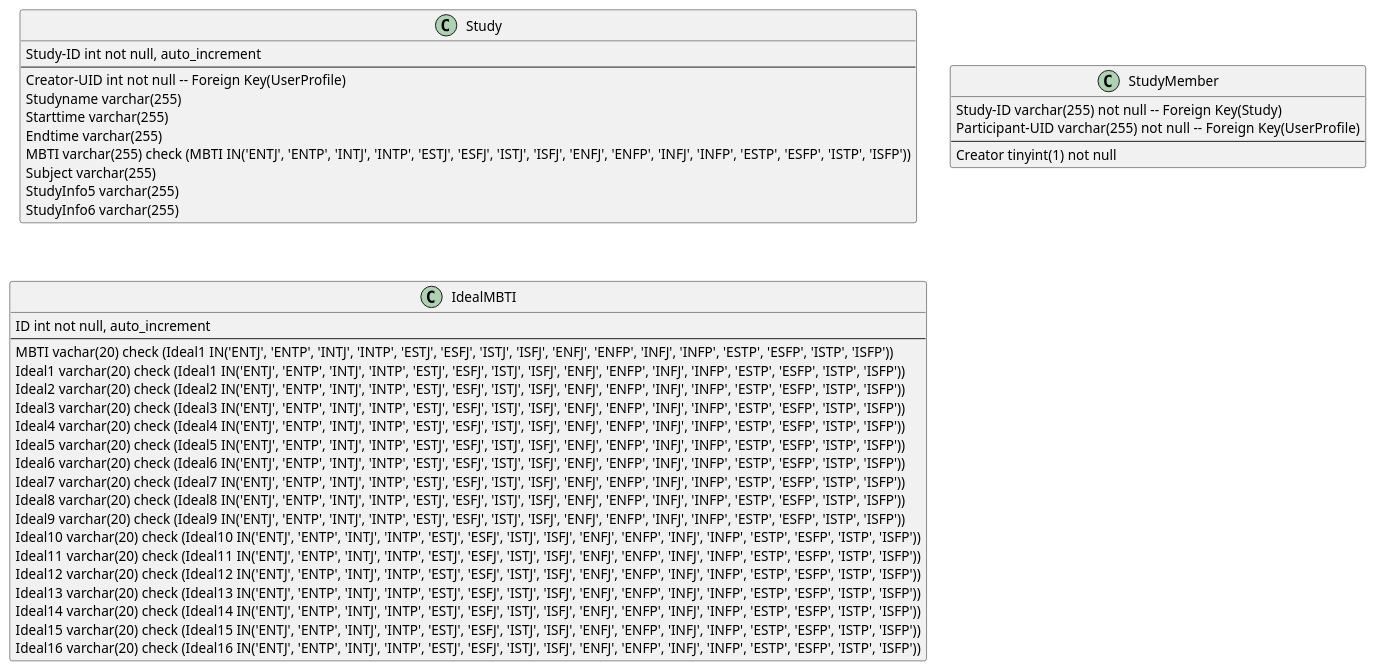
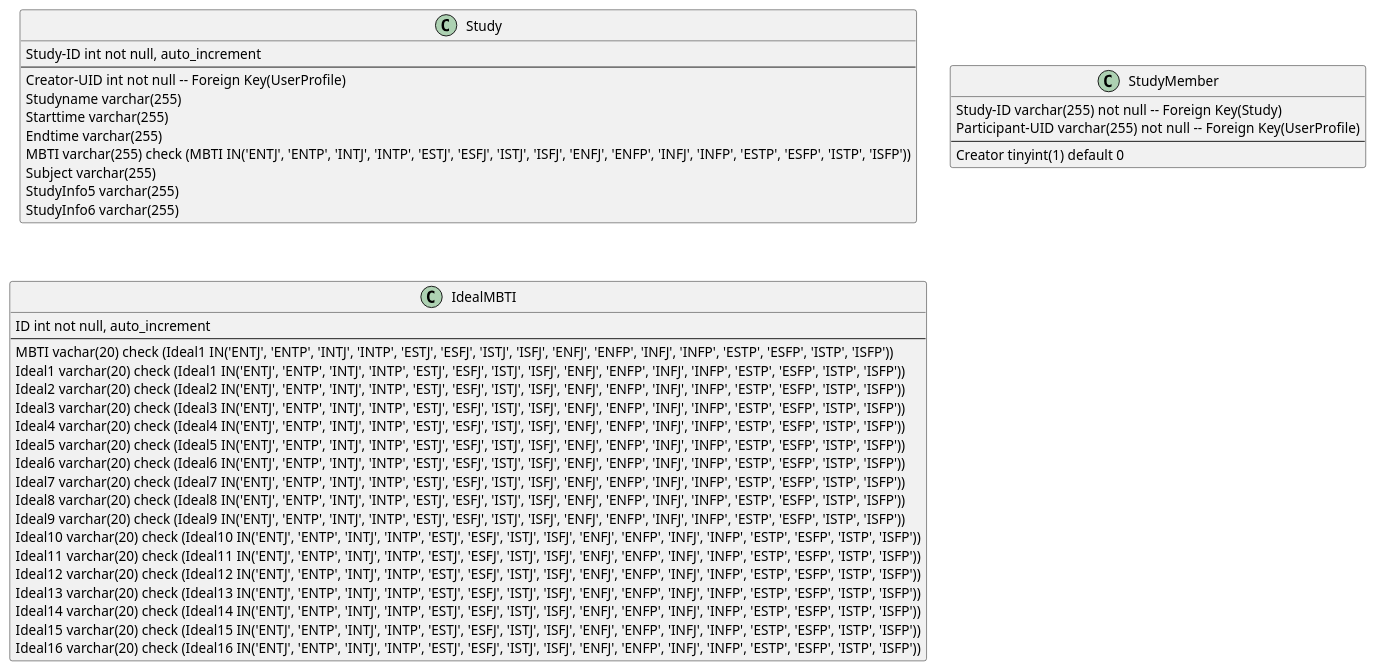
The diagram in database/database.plantuml (Char-Kong/mYting_API), drawn with PlantUML before and after one commit. The commit also changed 2 other files, not shown here.

```diff
--- a/database/database.plantuml
+++ b/database/database.plantuml
@@ -1,44 +1,44 @@
 @startuml database
 class Study {
     Study-ID int not null, auto_increment
     --
     Creator-UID int not null -- Foreign Key(UserProfile)
     Studyname varchar(255)
     Starttime varchar(255)
     Endtime varchar(255)
     MBTI varchar(255) check (MBTI IN('ENTJ', 'ENTP', 'INTJ', 'INTP', 'ESTJ', 'ESFJ', 'ISTJ', 'ISFJ', 'ENFJ', 'ENFP', 'INFJ', 'INFP', 'ESTP', 'ESFP', 'ISTP', 'ISFP'))
     Subject varchar(255)
     StudyInfo5 varchar(255)
     StudyInfo6 varchar(255)
 }
 
 class StudyMember {
     Study-ID varchar(255) not null -- Foreign Key(Study)
     Participant-UID varchar(255) not null -- Foreign Key(UserProfile)
     --
-    Creator tinyint(1) not null
+    Creator tinyint(1) default 0
 }
 
 class IdealMBTI {
     ID int not null, auto_increment
     --
     MBTI vachar(20) check (Ideal1 IN('ENTJ', 'ENTP', 'INTJ', 'INTP', 'ESTJ', 'ESFJ', 'ISTJ', 'ISFJ', 'ENFJ', 'ENFP', 'INFJ', 'INFP', 'ESTP', 'ESFP', 'ISTP', 'ISFP'))
     Ideal1 varchar(20) check (Ideal1 IN('ENTJ', 'ENTP', 'INTJ', 'INTP', 'ESTJ', 'ESFJ', 'ISTJ', 'ISFJ', 'ENFJ', 'ENFP', 'INFJ', 'INFP', 'ESTP', 'ESFP', 'ISTP', 'ISFP'))
     Ideal2 varchar(20) check (Ideal2 IN('ENTJ', 'ENTP', 'INTJ', 'INTP', 'ESTJ', 'ESFJ', 'ISTJ', 'ISFJ', 'ENFJ', 'ENFP', 'INFJ', 'INFP', 'ESTP', 'ESFP', 'ISTP', 'ISFP'))
     Ideal3 varchar(20) check (Ideal3 IN('ENTJ', 'ENTP', 'INTJ', 'INTP', 'ESTJ', 'ESFJ', 'ISTJ', 'ISFJ', 'ENFJ', 'ENFP', 'INFJ', 'INFP', 'ESTP', 'ESFP', 'ISTP', 'ISFP'))
     Ideal4 varchar(20) check (Ideal4 IN('ENTJ', 'ENTP', 'INTJ', 'INTP', 'ESTJ', 'ESFJ', 'ISTJ', 'ISFJ', 'ENFJ', 'ENFP', 'INFJ', 'INFP', 'ESTP', 'ESFP', 'ISTP', 'ISFP'))
     Ideal5 varchar(20) check (Ideal5 IN('ENTJ', 'ENTP', 'INTJ', 'INTP', 'ESTJ', 'ESFJ', 'ISTJ', 'ISFJ', 'ENFJ', 'ENFP', 'INFJ', 'INFP', 'ESTP', 'ESFP', 'ISTP', 'ISFP'))
     Ideal6 varchar(20) check (Ideal6 IN('ENTJ', 'ENTP', 'INTJ', 'INTP', 'ESTJ', 'ESFJ', 'ISTJ', 'ISFJ', 'ENFJ', 'ENFP', 'INFJ', 'INFP', 'ESTP', 'ESFP', 'ISTP', 'ISFP'))
     Ideal7 varchar(20) check (Ideal7 IN('ENTJ', 'ENTP', 'INTJ', 'INTP', 'ESTJ', 'ESFJ', 'ISTJ', 'ISFJ', 'ENFJ', 'ENFP', 'INFJ', 'INFP', 'ESTP', 'ESFP', 'ISTP', 'ISFP'))
     Ideal8 varchar(20) check (Ideal8 IN('ENTJ', 'ENTP', 'INTJ', 'INTP', 'ESTJ', 'ESFJ', 'ISTJ', 'ISFJ', 'ENFJ', 'ENFP', 'INFJ', 'INFP', 'ESTP', 'ESFP', 'ISTP', 'ISFP'))
     Ideal9 varchar(20) check (Ideal9 IN('ENTJ', 'ENTP', 'INTJ', 'INTP', 'ESTJ', 'ESFJ', 'ISTJ', 'ISFJ', 'ENFJ', 'ENFP', 'INFJ', 'INFP', 'ESTP', 'ESFP', 'ISTP', 'ISFP'))
     Ideal10 varchar(20) check (Ideal10 IN('ENTJ', 'ENTP', 'INTJ', 'INTP', 'ESTJ', 'ESFJ', 'ISTJ', 'ISFJ', 'ENFJ', 'ENFP', 'INFJ', 'INFP', 'ESTP', 'ESFP', 'ISTP', 'ISFP'))
     Ideal11 varchar(20) check (Ideal11 IN('ENTJ', 'ENTP', 'INTJ', 'INTP', 'ESTJ', 'ESFJ', 'ISTJ', 'ISFJ', 'ENFJ', 'ENFP', 'INFJ', 'INFP', 'ESTP', 'ESFP', 'ISTP', 'ISFP'))
     Ideal12 varchar(20) check (Ideal12 IN('ENTJ', 'ENTP', 'INTJ', 'INTP', 'ESTJ', 'ESFJ', 'ISTJ', 'ISFJ', 'ENFJ', 'ENFP', 'INFJ', 'INFP', 'ESTP', 'ESFP', 'ISTP', 'ISFP'))
     Ideal13 varchar(20) check (Ideal13 IN('ENTJ', 'ENTP', 'INTJ', 'INTP', 'ESTJ', 'ESFJ', 'ISTJ', 'ISFJ', 'ENFJ', 'ENFP', 'INFJ', 'INFP', 'ESTP', 'ESFP', 'ISTP', 'ISFP'))
     Ideal14 varchar(20) check (Ideal14 IN('ENTJ', 'ENTP', 'INTJ', 'INTP', 'ESTJ', 'ESFJ', 'ISTJ', 'ISFJ', 'ENFJ', 'ENFP', 'INFJ', 'INFP', 'ESTP', 'ESFP', 'ISTP', 'ISFP'))
     Ideal15 varchar(20) check (Ideal15 IN('ENTJ', 'ENTP', 'INTJ', 'INTP', 'ESTJ', 'ESFJ', 'ISTJ', 'ISFJ', 'ENFJ', 'ENFP', 'INFJ', 'INFP', 'ESTP', 'ESFP', 'ISTP', 'ISFP'))
     Ideal16 varchar(20) check (Ideal16 IN('ENTJ', 'ENTP', 'INTJ', 'INTP', 'ESTJ', 'ESFJ', 'ISTJ', 'ISFJ', 'ENFJ', 'ENFP', 'INFJ', 'INFP', 'ESTP', 'ESFP', 'ISTP', 'ISFP'))
 }
 
 @enduml
```
